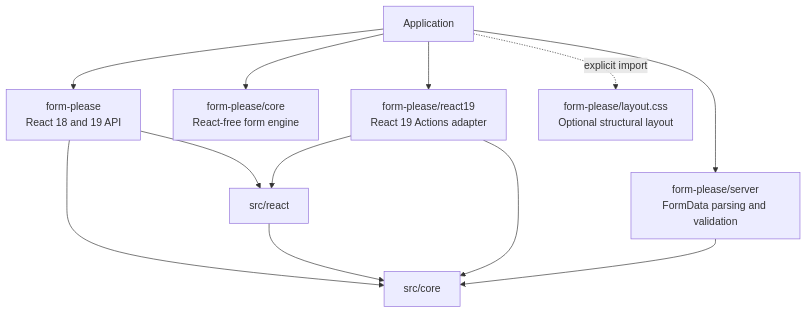
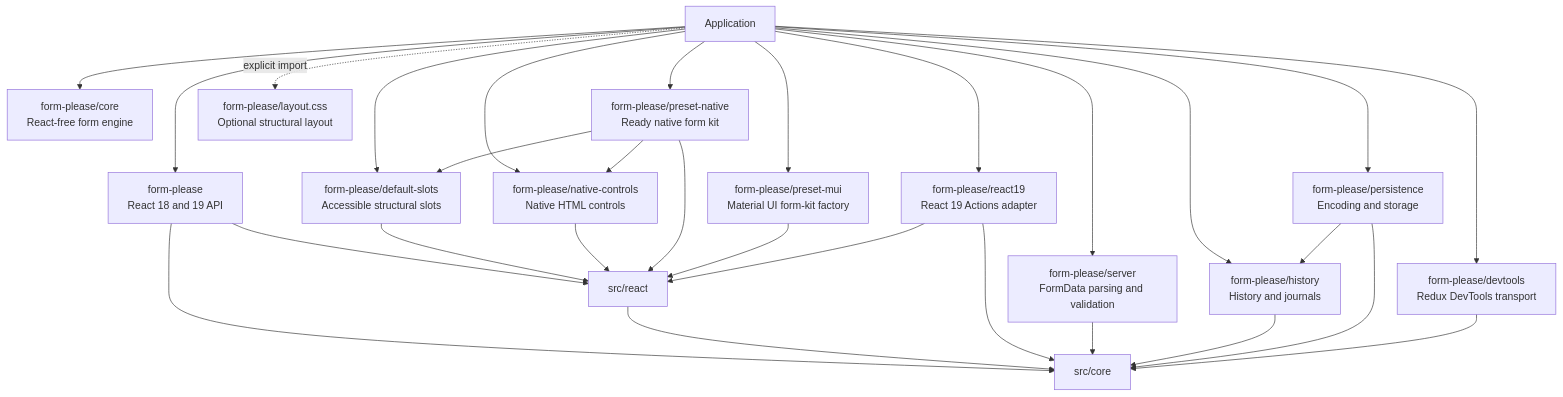
One commit to r13v/fokit changed the diagram in docs/ARCHITECTURE.md. Above: the diagram before and after it, drawn with Mermaid. The commit also changed other lines of this file and 247 other files, not shown here.

Commit message:
Redux-like core and better docs (#7)

````diff
--- a/docs/ARCHITECTURE.md
+++ b/docs/ARCHITECTURE.md
@@ -22,26 +22,50 @@
 ```mermaid
 flowchart TD
     App["Application"]
 
     Main["form-please<br/>React 18 and 19 API"]
     Core["form-please/core<br/>React-free form engine"]
+    DefaultSlots["form-please/default-slots<br/>Accessible structural slots"]
+    NativeControls["form-please/native-controls<br/>Native HTML controls"]
+    PresetNative["form-please/preset-native<br/>Ready native form kit"]
+    PresetMui["form-please/preset-mui<br/>Material UI form-kit factory"]
     React19["form-please/react19<br/>React 19 Actions adapter"]
     Server["form-please/server<br/>FormData parsing and validation"]
+    History["form-please/history<br/>History and journals"]
+    Persistence["form-please/persistence<br/>Encoding and storage"]
+    DevTools["form-please/devtools<br/>Redux DevTools transport"]
     CSS["form-please/layout.css<br/>Optional structural layout"]
 
     ReactLayer["src/react"]
     CoreLayer["src/core"]
 
     App --> Main
     App --> Core
+    App --> DefaultSlots
+    App --> NativeControls
+    App --> PresetNative
+    App --> PresetMui
     App --> React19
     App --> Server
+    App --> History
+    App --> Persistence
+    App --> DevTools
     App -. explicit import .-> CSS
 
     Main --> ReactLayer
     Main --> CoreLayer
+    DefaultSlots --> ReactLayer
+    NativeControls --> ReactLayer
+    PresetNative --> DefaultSlots
+    PresetNative --> NativeControls
+    PresetNative --> ReactLayer
+    PresetMui --> ReactLayer
     ReactLayer --> CoreLayer
     React19 --> ReactLayer
     React19 --> CoreLayer
     Server --> CoreLayer
+    History --> CoreLayer
+    Persistence --> CoreLayer
+    Persistence --> History
+    DevTools --> CoreLayer
 ```
````
